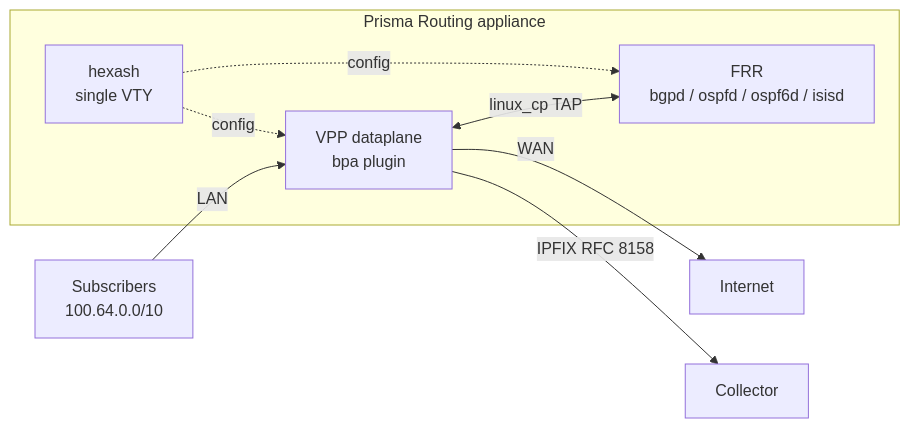
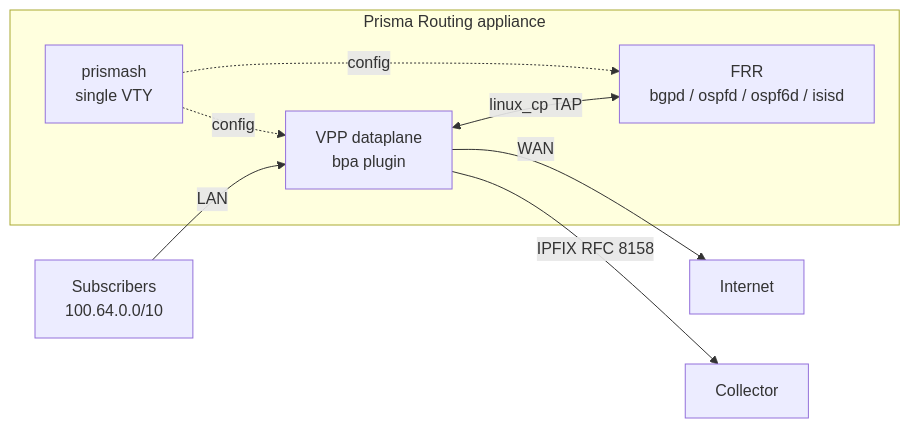
One commit to andrediashexa/prismarouting changed the diagram in README.md. Above: the diagram before and after it, drawn with Mermaid. The commit also changed other lines of this file and 226 other files, not shown here.

````diff
--- a/README.md
+++ b/README.md
@@ -38,16 +38,16 @@
 ```mermaid
 flowchart LR
     SUB["Subscribers<br/>100.64.0.0/10"] -->|LAN| VPP
 
     subgraph BOX["Prisma Routing appliance"]
         VPP["VPP dataplane<br/>bpa plugin"]
         FRR["FRR<br/>bgpd / ospfd / ospf6d / isisd"]
-        VTY["hexash<br/>single VTY"]
+        VTY["prismash<br/>single VTY"]
         VPP <-->|linux_cp TAP| FRR
         VTY -.->|config| VPP
         VTY -.->|config| FRR
     end
 
     VPP -->|WAN| NET["Internet"]
     VPP -->|IPFIX RFC 8158| COL["Collector"]
 ```
````
